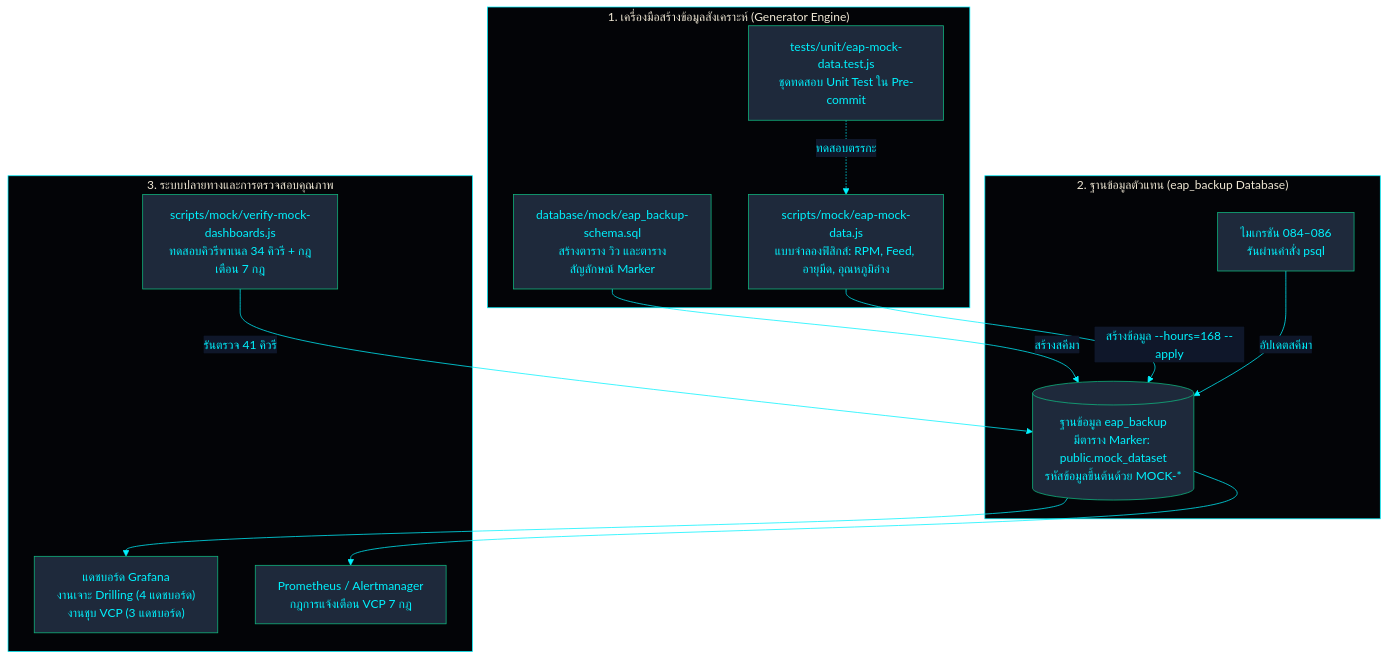
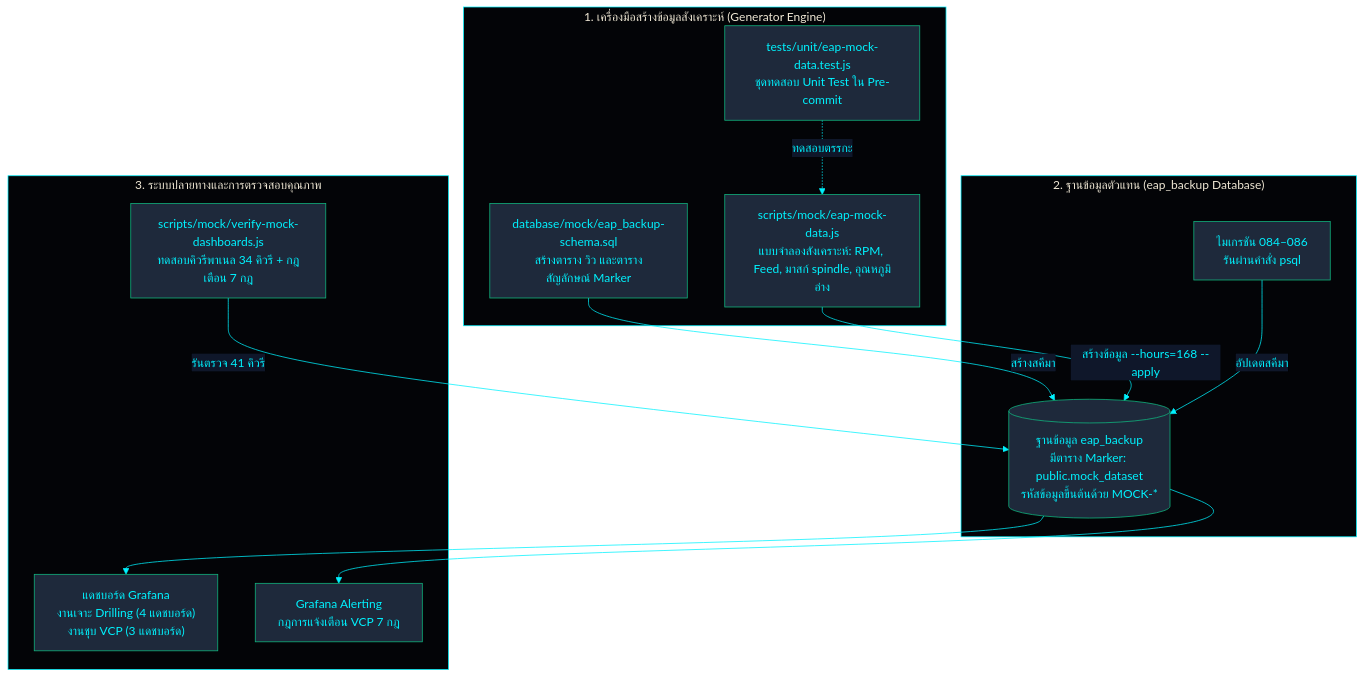
The diagram in th/docs/data/MOCK_DATA.md (PATTANAKORN025/IMS), drawn with Mermaid before and after one commit. The commit also changed other lines of this file and 46 other files, not shown here.

````diff
--- a/th/docs/data/MOCK_DATA.md
+++ b/th/docs/data/MOCK_DATA.md
@@ -26,38 +26,38 @@
 ```mermaid
 %%{init: {'theme': 'base', 'themeVariables': { 'primaryColor': '#1e293b', 'primaryTextColor': '#00F2FE', 'primaryBorderColor': '#10B981', 'lineColor': '#00F2FE', 'secondaryColor': '#0f172a', 'tertiaryColor': '#0f172a', 'clusterBkg': '#030407', 'clusterBorder': '#00F2FE'}}}%%
 flowchart TD
   subgraph GEN["1. เครื่องมือสร้างข้อมูลสังเคราะห์ (Generator Engine)"]
     SCHEMA["database/mock/eap_backup-schema.sql
 สร้างตาราง วิว และตารางสัญลักษณ์ Marker"]
     MOCK_JS["scripts/mock/eap-mock-data.js
-แบบจำลองฟิสิกส์: RPM, Feed, อายุมีด, อุณหภูมิอ่าง"]
+แบบจำลองสังเคราะห์: RPM, Feed, มาสก์ spindle, อุณหภูมิอ่าง"]
     UNIT["tests/unit/eap-mock-data.test.js
 ชุดทดสอบ Unit Test ใน Pre-commit"]
   end
 
   subgraph DB["2. ฐานข้อมูลตัวแทน (eap_backup Database)"]
     STANDIN[("ฐานข้อมูล eap_backup
 มีตาราง Marker: public.mock_dataset
 รหัสข้อมูลขึ้นต้นด้วย MOCK-*")]
     MIG["ไมเกรชัน 084–086
 รันผ่านคำสั่ง psql"]
   end
 
   subgraph CONSUMERS["3. ระบบปลายทางและการตรวจสอบคุณภาพ"]
     DASH["แดชบอร์ด Grafana
 งานเจาะ Drilling (4 แดชบอร์ด)
 งานชุบ VCP (3 แดชบอร์ด)"]
-    ALERTS["Prometheus / Alertmanager
+    ALERTS["Grafana Alerting
 กฎการแจ้งเตือน VCP 7 กฎ"]
     VERIFY["scripts/mock/verify-mock-dashboards.js
 ทดสอบคิวรีพาเนล 34 คิวรี + กฎเตือน 7 กฎ"]
   end
 
   SCHEMA -->|สร้างสคีมา| STANDIN
   MOCK_JS -->|สร้างข้อมูล --hours=168 --apply| STANDIN
   MIG -->|อัปเดตสคีมา| STANDIN
   UNIT -.->|ทดสอบตรรกะ| MOCK_JS
   STANDIN --> DASH
   STANDIN --> ALERTS
   VERIFY -->|รันตรวจ 41 คิวรี| STANDIN
 ```
````
